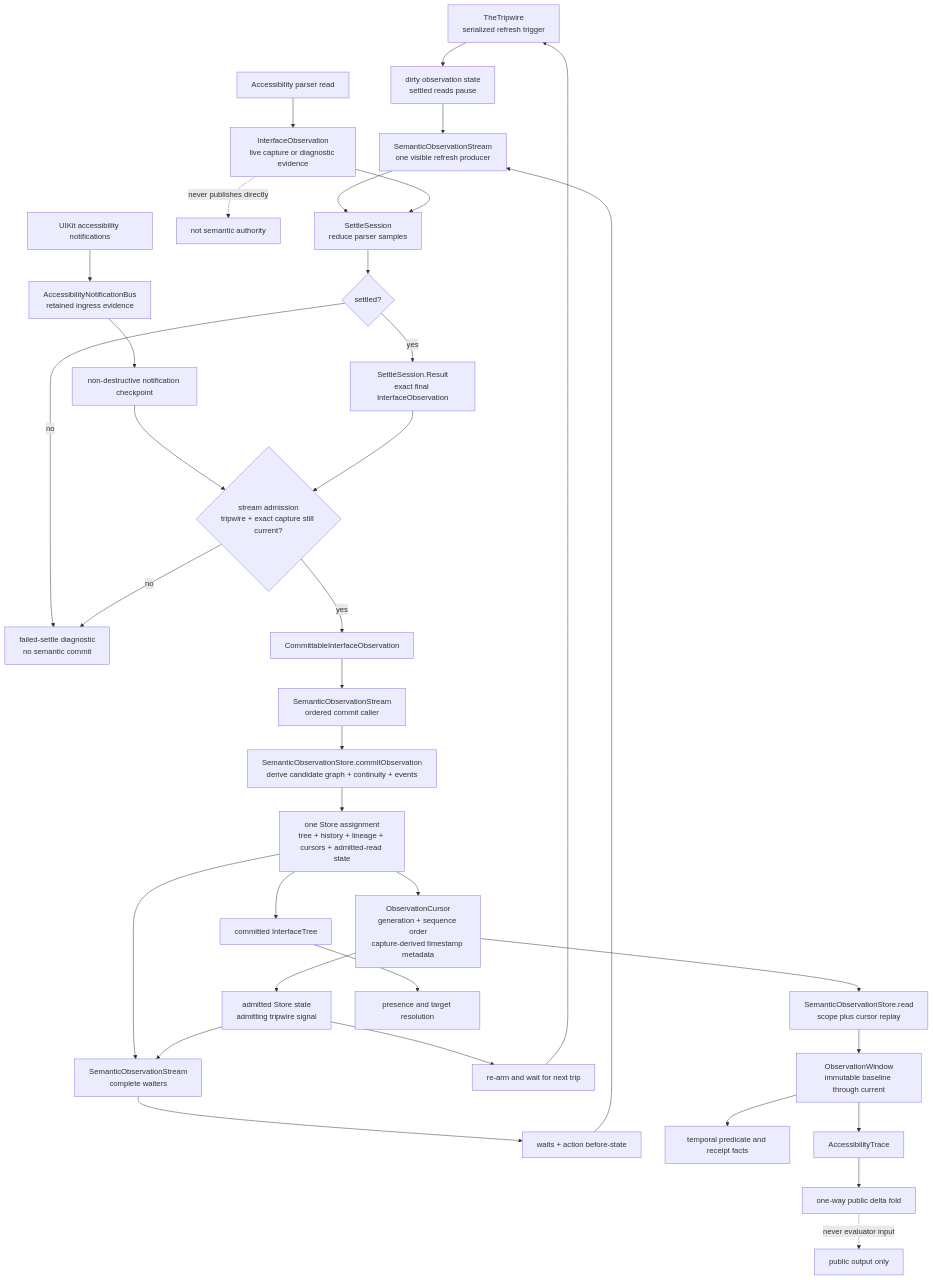
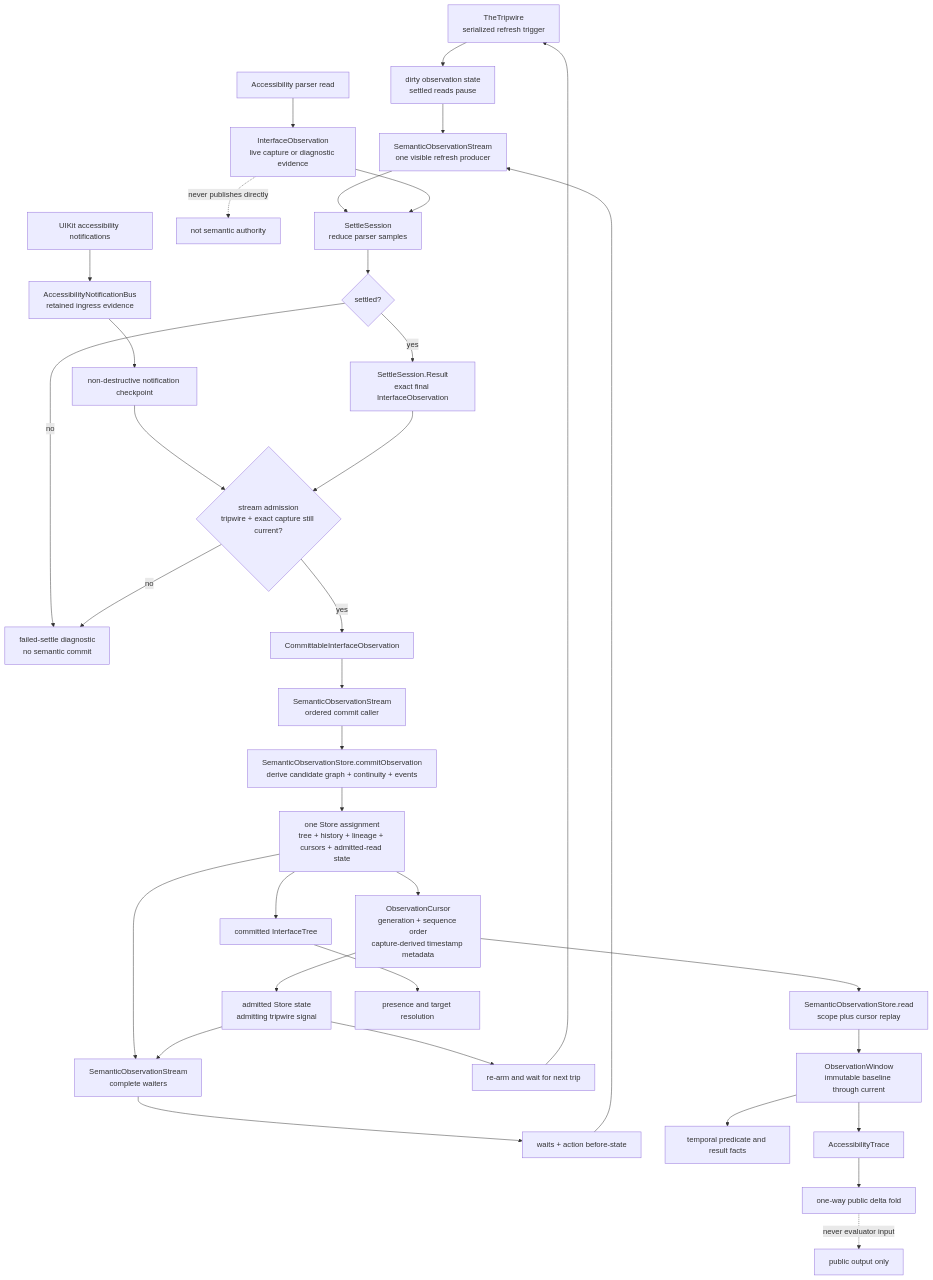
Before and after one commit to RoyalPineapple/TheButtonHeist: the first of 5 diagrams in docs/diagrams/observation-pipeline.md, drawn with Mermaid. The commit also changed other lines of this file and 309 other files, not shown here.

````diff
--- a/docs/diagrams/observation-pipeline.md
+++ b/docs/diagrams/observation-pipeline.md
@@ -36,39 +36,39 @@
 ```mermaid
 flowchart TD
     Tripwire["TheTripwire<br/>serialized refresh trigger"] --> Dirty["dirty observation state<br/>settled reads pause"]
     Dirty --> Producer["SemanticObservationStream<br/>one visible refresh producer"]
     Consumers["waits + action before-state"] --> Producer
     Producer --> Settle
     Parser["Accessibility parser read"] --> Raw["InterfaceObservation<br/>live capture or diagnostic evidence"]
     Raw --> Settle["SettleSession<br/>reduce parser samples"]
     Raw -. "never publishes directly" .-> NoAuthority["not semantic authority"]
     Signals["UIKit accessibility notifications"] --> Bus["AccessibilityNotificationBus<br/>retained ingress evidence"]
     Bus --> Checkpoint["non-destructive notification checkpoint"]
     Checkpoint --> Admission
     Settle --> Settled{"settled?"}
     Settled -->|no| Diagnostic["failed-settle diagnostic<br/>no semantic commit"]
     Settled -->|yes| Outcome["SettleSession.Result<br/>exact final InterfaceObservation"]
     Outcome --> Admission{"stream admission<br/>tripwire + exact capture still current?"}
     Admission -->|no| Diagnostic
     Admission -->|yes| Committable["CommittableInterfaceObservation"]
 
     Committable --> Committer["SemanticObservationStream<br/>ordered commit caller"]
     Committer --> Store["SemanticObservationStore.commitObservation<br/>derive candidate graph + continuity + events"]
     Store --> Atomic["one Store assignment<br/>tree + history + lineage + cursors + admitted-read state"]
     Atomic --> Delivery["SemanticObservationStream<br/>complete waiters"]
     Atomic --> Cursor["ObservationCursor<br/>generation + sequence order<br/>capture-derived timestamp metadata"]
     Cursor --> Admitted["admitted Store state<br/>admitting tripwire signal"]
     Admitted --> Delivery
     Delivery --> Consumers
     Admitted --> Armed["re-arm and wait for next trip"]
     Armed --> Tripwire
     Cursor --> Entries["SemanticObservationStore.read<br/>scope plus cursor replay"]
 
     Current["committed InterfaceTree"] --> Presence["presence and target resolution"]
     Atomic --> Current
     Entries --> Window["ObservationWindow<br/>immutable baseline through current"]
-    Window --> Temporal["temporal predicate and receipt facts"]
+    Window --> Temporal["temporal predicate and result facts"]
     Window --> Trace["AccessibilityTrace"]
     Trace --> Delta["one-way public delta fold"]
     Delta -. "never evaluator input" .-> Output["public output only"]
 ```
````
